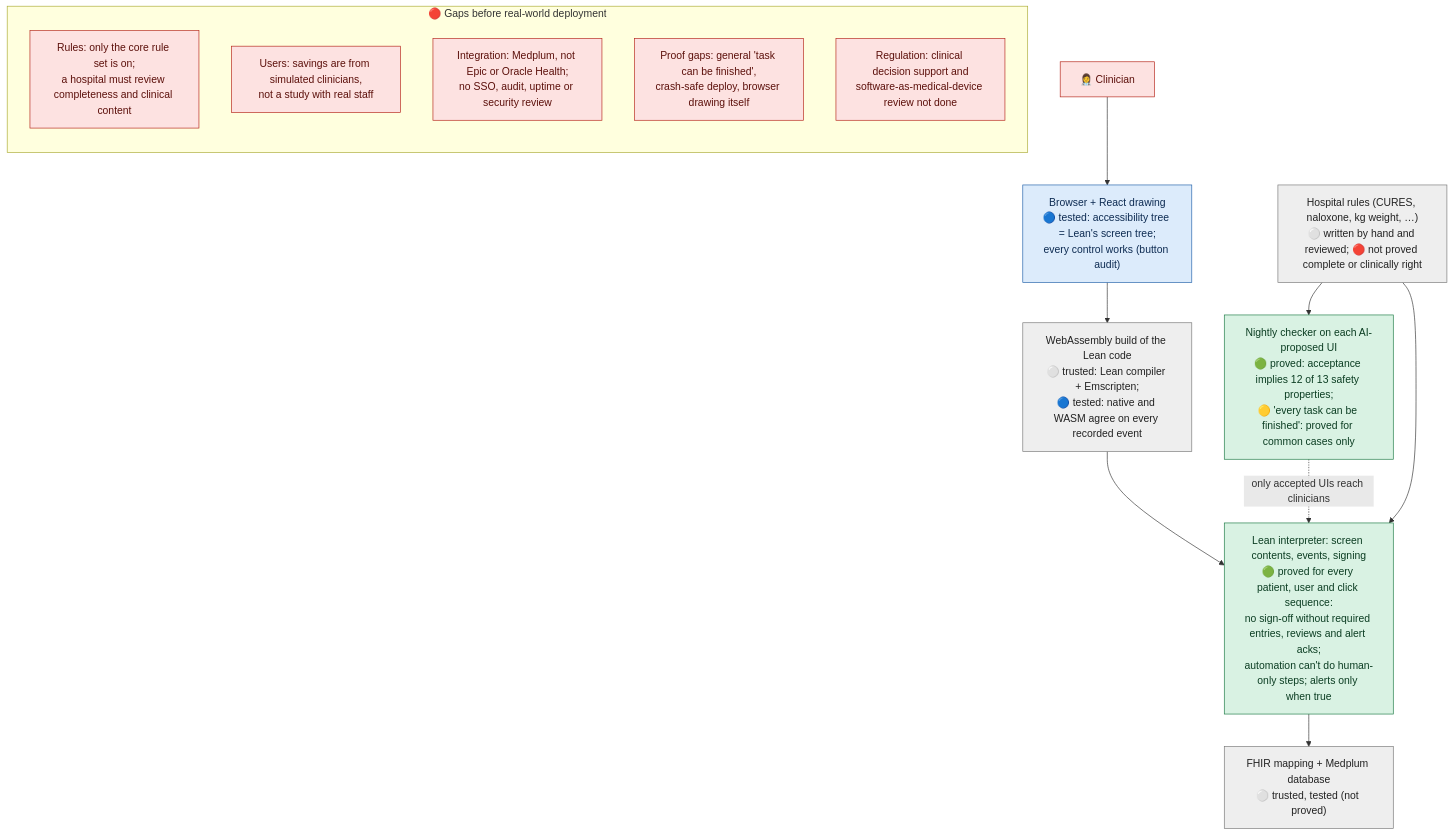
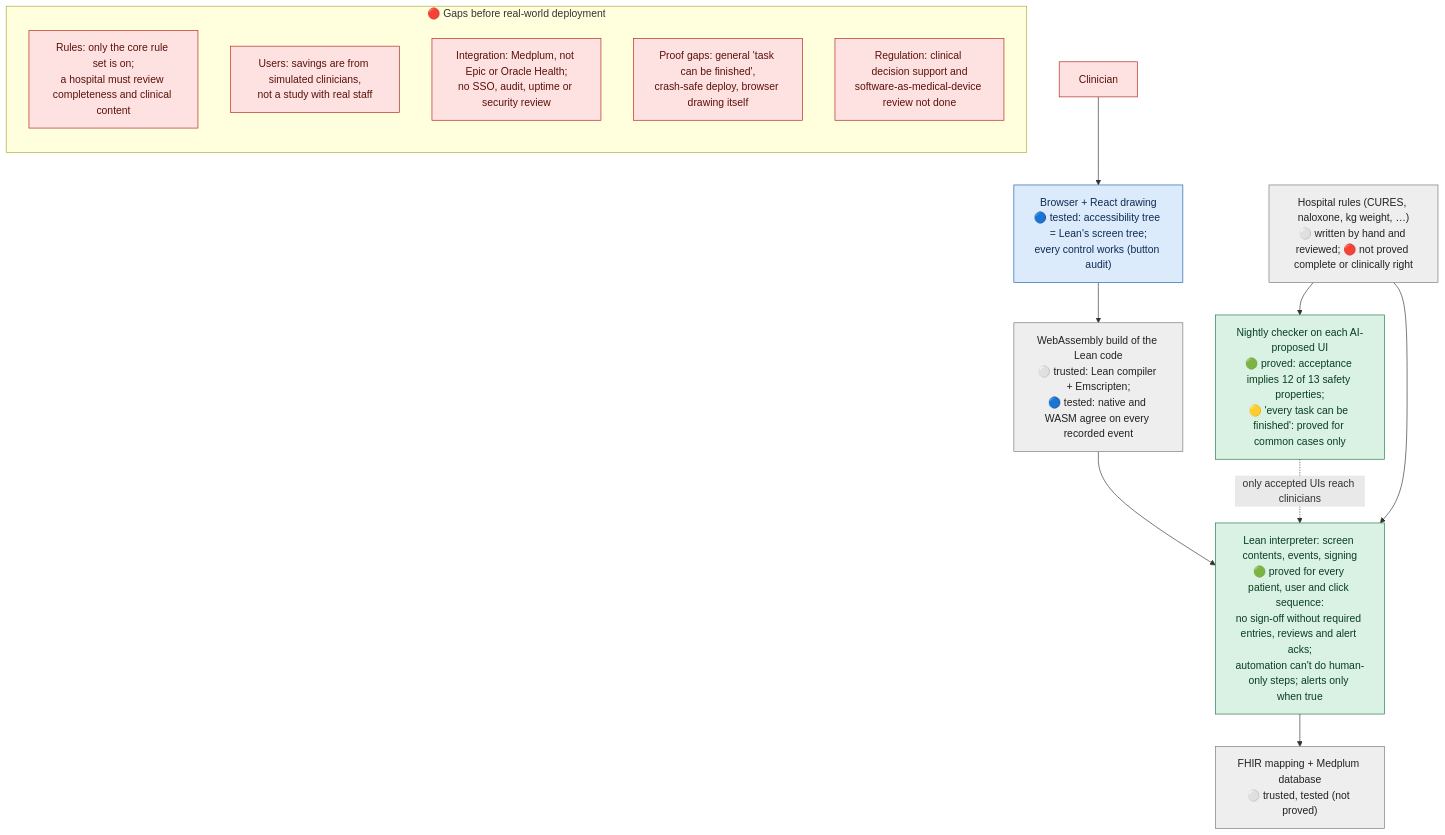
The first of 2 diagrams in README.md (saithat/VGI-Health), drawn with Mermaid before and after one commit. The commit also changed other lines of this file, not shown here.

````diff
--- a/README.md
+++ b/README.md
@@ -52,29 +51,29 @@
 ```mermaid
 flowchart TB
   classDef proved fill:#d9f2e3,stroke:#1b7a43,color:#0b3d22
   classDef checked fill:#dcebfb,stroke:#1f5fa8,color:#0d2b52
   classDef trusted fill:#eeeeee,stroke:#777,color:#222
   classDef gap fill:#fde2e1,stroke:#b42318,color:#5c100b
 
-  U["👩‍⚕️ Clinician"]:::gap
+  U["Clinician"]:::gap
   B["Browser + React drawing<br/>🔵 tested: accessibility tree = Lean's screen tree;<br/>every control works (button audit)"]:::checked
   W["WebAssembly build of the Lean code<br/>⚪ trusted: Lean compiler + Emscripten;<br/>🔵 tested: native and WASM agree on every recorded event"]:::trusted
   I["Lean interpreter: screen contents, events, signing<br/>🟢 proved for every patient, user and click sequence:<br/>no sign-off without required entries, reviews and alert acks;<br/>automation can't do human-only steps; alerts only when true"]:::proved
   C["Nightly checker on each AI-proposed UI<br/>🟢 proved: acceptance implies 12 of 13 safety properties;<br/>🟡 'every task can be finished': proved for common cases only"]:::proved
   R["Hospital rules (CURES, naloxone, kg weight, …)<br/>⚪ written by hand and reviewed; 🔴 not proved complete or clinically right"]:::trusted
   F["FHIR mapping + Medplum database<br/>⚪ trusted, tested (not proved)"]:::trusted
 
   U --> B --> W --> I --> F
   C -. "only accepted UIs reach clinicians" .-> I
   R --> C
   R --> I
 
   subgraph GAPS["🔴 Gaps before real-world deployment"]
     direction TB
     G1["Rules: only the core rule set is on;<br/>a hospital must review completeness and clinical content"]:::gap
     G2["Users: savings are from simulated clinicians,<br/>not a study with real staff"]:::gap
     G3["Integration: Medplum, not Epic or Oracle Health;<br/>no SSO, audit, uptime or security review"]:::gap
     G4["Proof gaps: general 'task can be finished',<br/>crash-safe deploy, browser drawing itself"]:::gap
     G5["Regulation: clinical decision support and<br/>software-as-medical-device review not done"]:::gap
   end
 ```
````
